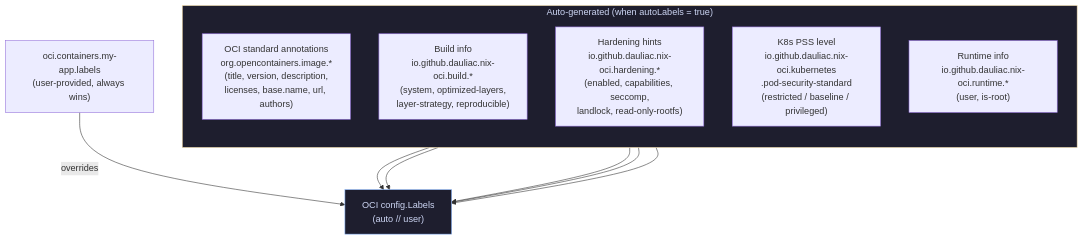
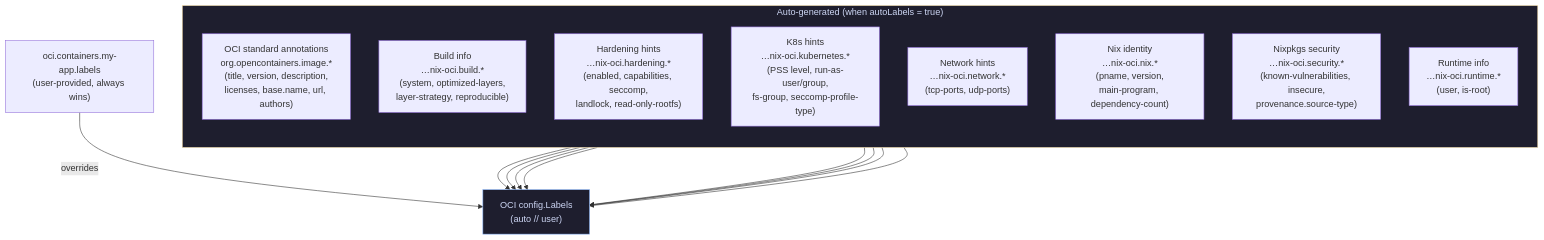
One commit to Dauliac/nix-oci changed the sixth of 16 diagrams in docs/content/explanation/container-metadata-wiring.md. Above: the diagram before and after it, drawn with Mermaid. The commit also changed other lines of this file and 26 other files, not shown here.

````diff
--- a/docs/content/explanation/container-metadata-wiring.md
+++ b/docs/content/explanation/container-metadata-wiring.md
@@ -185,25 +185,31 @@
 ```mermaid
 flowchart TD
     subgraph auto ["Auto-generated (when autoLabels = true)"]
         direction TB
         OCI_STD["OCI standard annotations<br/>org.opencontainers.image.*<br/>(title, version, description,<br/>licenses, base.name, url, authors)"]
-        BUILD["Build info<br/>io.github.dauliac.nix-oci.build.*<br/>(system, optimized-layers,<br/>layer-strategy, reproducible)"]
-        HARD["Hardening hints<br/>io.github.dauliac.nix-oci.hardening.*<br/>(enabled, capabilities, seccomp,<br/>landlock, read-only-rootfs)"]
-        PSS["K8s PSS level<br/>io.github.dauliac.nix-oci.kubernetes<br/>.pod-security-standard<br/>(restricted / baseline / privileged)"]
-        RT["Runtime info<br/>io.github.dauliac.nix-oci.runtime.*<br/>(user, is-root)"]
+        BUILD["Build info<br/>…nix-oci.build.*<br/>(system, optimized-layers,<br/>layer-strategy, reproducible)"]
+        HARD["Hardening hints<br/>…nix-oci.hardening.*<br/>(enabled, capabilities, seccomp,<br/>landlock, read-only-rootfs)"]
+        K8S["K8s hints<br/>…nix-oci.kubernetes.*<br/>(PSS level, run-as-user/group,<br/>fs-group, seccomp-profile-type)"]
+        NET["Network hints<br/>…nix-oci.network.*<br/>(tcp-ports, udp-ports)"]
+        NIX["Nix identity<br/>…nix-oci.nix.*<br/>(pname, version,<br/>main-program, dependency-count)"]
+        SEC["Nixpkgs security<br/>…nix-oci.security.*<br/>(known-vulnerabilities, insecure,<br/>provenance.source-type)"]
+        RT["Runtime info<br/>…nix-oci.runtime.*<br/>(user, is-root)"]
     end
 
     User["oci.containers.my-app.labels<br/>(user-provided, always wins)"]
 
     Merged["OCI config.Labels<br/>(auto // user)"]
 
     OCI_STD --> Merged
     BUILD --> Merged
     HARD --> Merged
-    PSS --> Merged
+    K8S --> Merged
+    NET --> Merged
+    NIX --> Merged
+    SEC --> Merged
     RT --> Merged
     User -->|"overrides"| Merged
 
     style auto fill:#1e1e2e,stroke:#f9e2ae,color:#cdd6f4
     style Merged fill:#1e1e2e,stroke:#89b4fa,color:#cdd6f4
 ```
````
